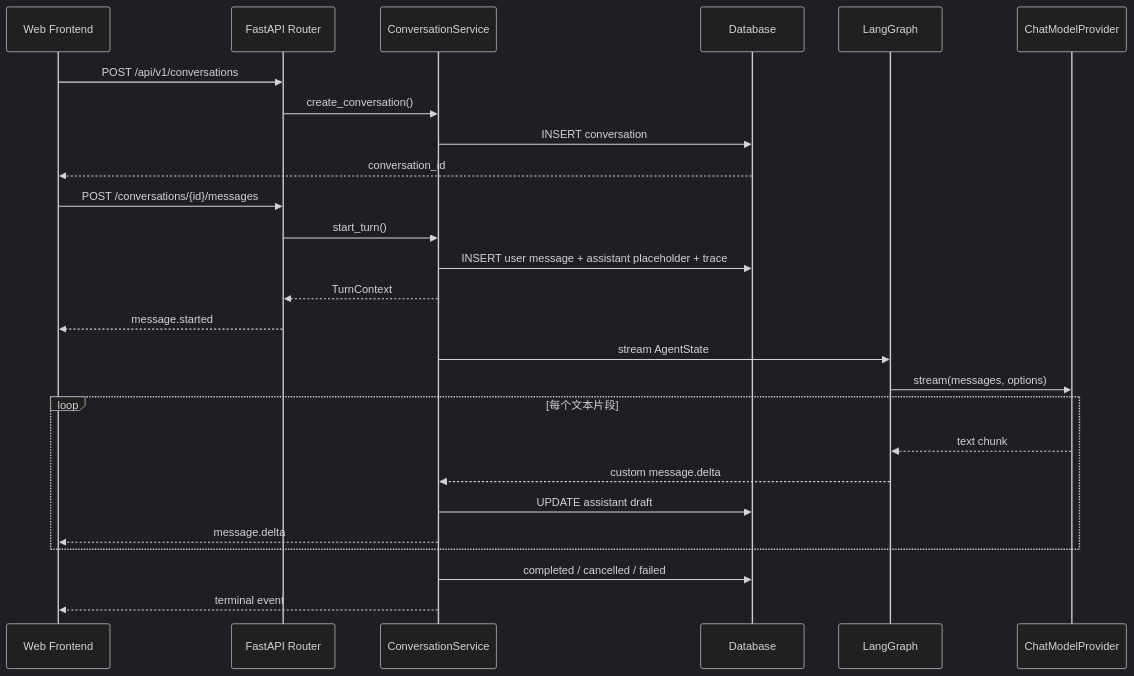
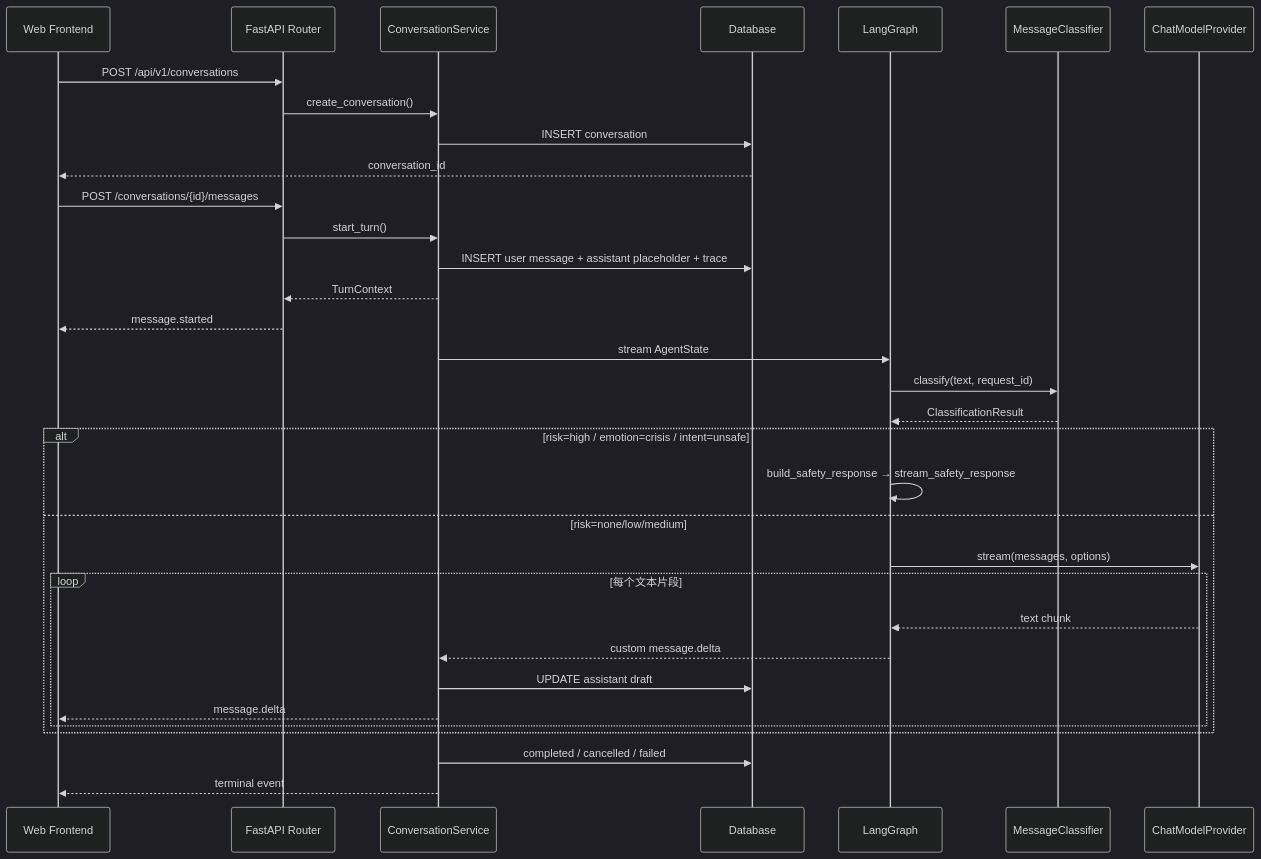
Before and after one commit to fuweiwa3-code/mio: the first of 4 diagrams in docs/development/chat-backend.md, drawn with Mermaid (dark theme). The commit also changed other lines of this file and 13 other files, not shown here.

````diff
--- a/docs/development/chat-backend.md
+++ b/docs/development/chat-backend.md
@@ -41,32 +51,40 @@
 ```mermaid
 sequenceDiagram
     participant F as Web Frontend
     participant A as FastAPI Router
     participant S as ConversationService
     participant D as Database
     participant G as LangGraph
+    participant C as MessageClassifier
     participant P as ChatModelProvider
 
     F->>A: POST /api/v1/conversations
     A->>S: create_conversation()
     S->>D: INSERT conversation
     D-->>F: conversation_id
 
     F->>A: POST /conversations/{id}/messages
     A->>S: start_turn()
     S->>D: INSERT user message + assistant placeholder + trace
     S-->>A: TurnContext
     A-->>F: message.started
 
     S->>G: stream AgentState
-    G->>P: stream(messages, options)
-    loop 每个文本片段
-        P-->>G: text chunk
-        G-->>S: custom message.delta
-        S->>D: UPDATE assistant draft
-        S-->>F: message.delta
+    G->>C: classify(text, request_id)
+    C-->>G: ClassificationResult
+
+    alt risk=high / emotion=crisis / intent=unsafe
+        G->>G: build_safety_response → stream_safety_response
+    else risk=none/low/medium
+        G->>P: stream(messages, options)
+        loop 每个文本片段
+            P-->>G: text chunk
+            G-->>S: custom message.delta
+            S->>D: UPDATE assistant draft
+            S-->>F: message.delta
+        end
     end
 
     S->>D: completed / cancelled / failed
     S-->>F: terminal event
 ```
````
